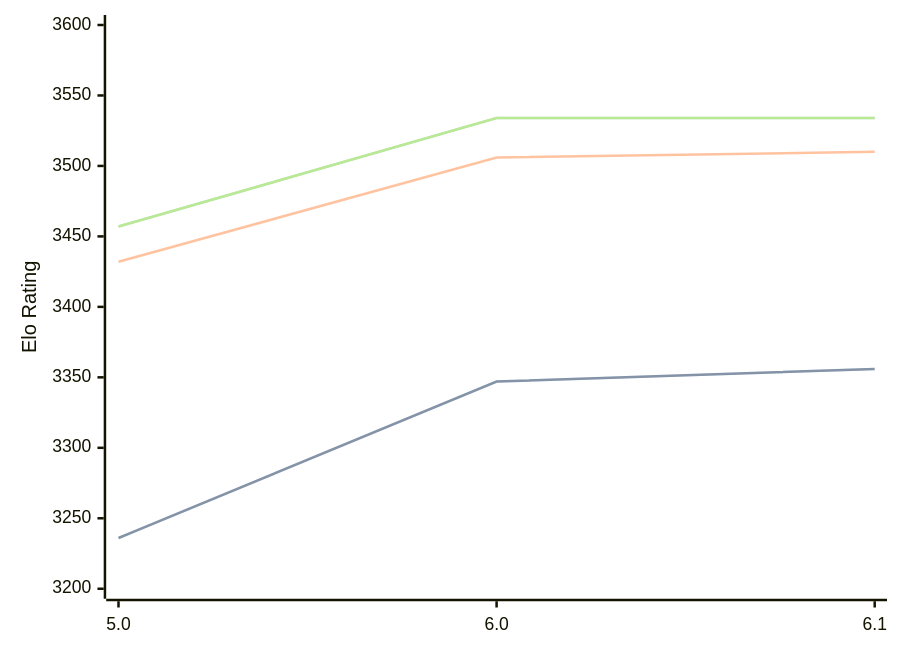
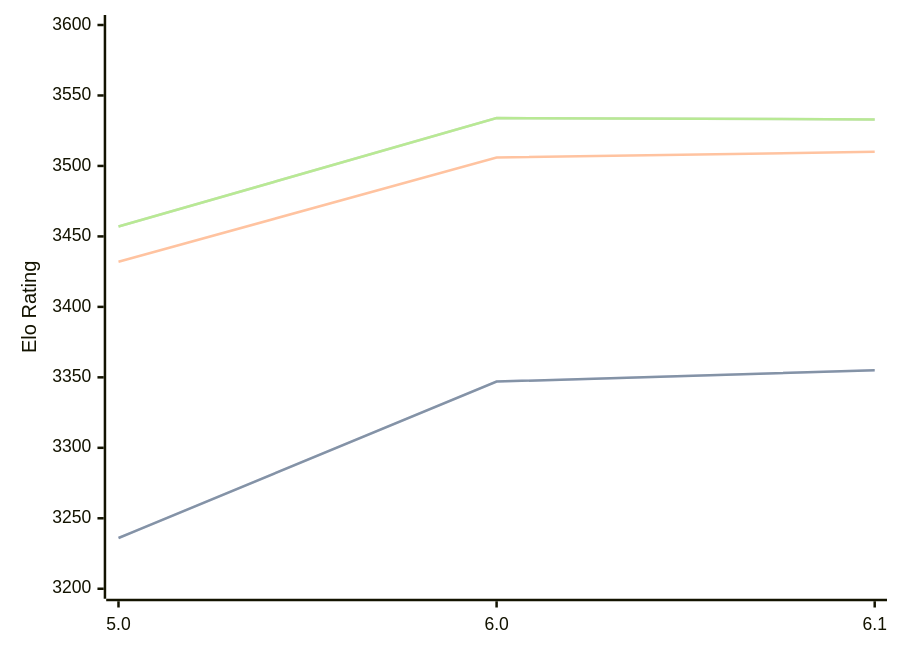
Before and after one commit to computer-chess-index/cci: the diagram in engines/Starzix.md, drawn with Mermaid. The commit also changed other lines of this file, not shown here.

Commit message:
Update CCI Ratings (ELO VLTC) - 2026-03-25

````diff
--- a/engines/Starzix.md
+++ b/engines/Starzix.md
@@ -37,11 +37,11 @@
 ```mermaid
 %%{init: {"theme":"base","themeVariables":{"seriesColors:['#a3a3a3','#222221','#faa371']}}}%%
 xychart-beta
   x-axis ["5.0", "6.0", "6.1"]
   y-axis "Elo Rating" 3200 --> 3600
-  line "STC (8.0+0.08s)" [3236, 3347, 3356]
-  line "STC (8.0+0.08s)" [3236, 3347, 3356]
+  line "STC (8.0+0.08s)" [3236, 3347, 3355]
+  line "STC (8.0+0.08s)" [3236, 3347, 3355]
   line "LTC (60.0+0.60s)" [3432, 3506, 3510]
-  line "VLTC (2m24s+1.12s)" [3457, 3534, 3534]
-  line "VLTC (2m24s+1.12s)" [3457, 3534, 3534]
+  line "VLTC (2m24s+1.12s)" [3457, 3534, 3533]
+  line "VLTC (2m24s+1.12s)" [3457, 3534, 3533]
 ```
````
